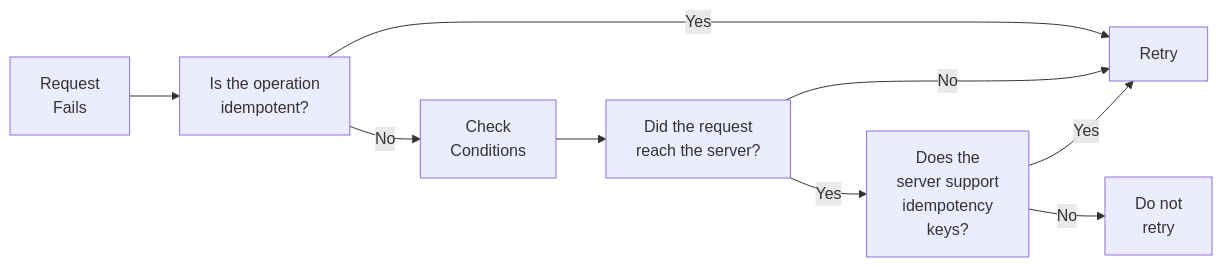
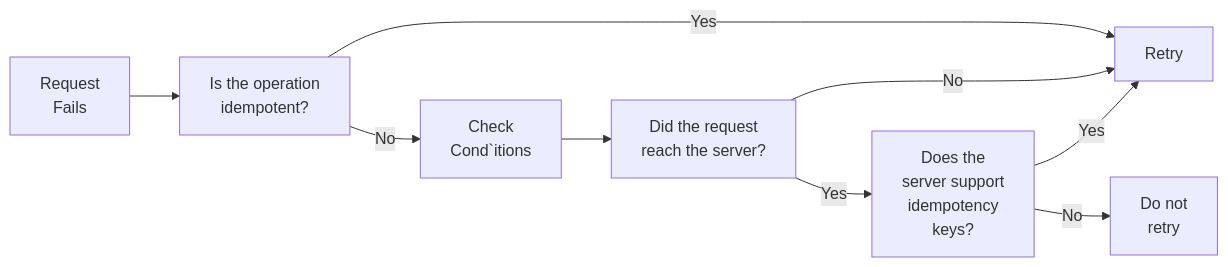
Before and after one commit to ismaelpamplona/it-notes: the diagram in notes/software architecture and engineering/08 How to deliver data reliably/04_When_to_Retry.md, drawn with Mermaid. The commit also changed 43 other files, not shown here.

Commit message:
(up) Issue #write_architecture_engineering.

````diff
--- a/notes/software architecture and engineering/08 How to deliver data reliably/04_When_to_Retry.md
+++ b/notes/software architecture and engineering/08 How to deliver data reliably/04_When_to_Retry.md
@@ -83,11 +83,11 @@
 ```mermaid
 graph LR
     A[Request \n Fails] --> B[Is the operation \n idempotent?]
     B -->|Yes| C[Retry]
-    B -->|No| D[Check \n Conditions]
+    B -->|No| D[Check \n Cond`itions]
     D --> E[Did the request \n reach the server?]
     E -->|No| C
     E -->|Yes| F[Does the \n server support \n idempotency \n keys?]
     F -->|Yes| C
     F -->|No| G[Do not \n retry]
 ```
````
